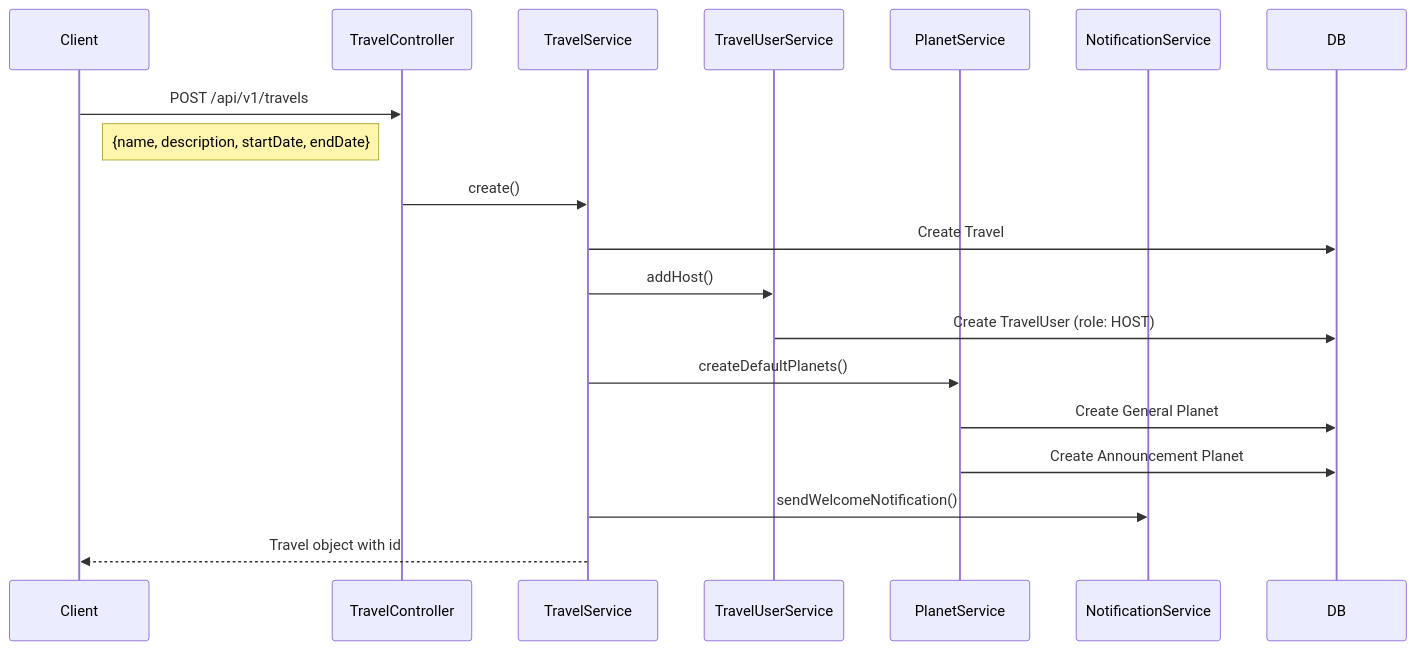
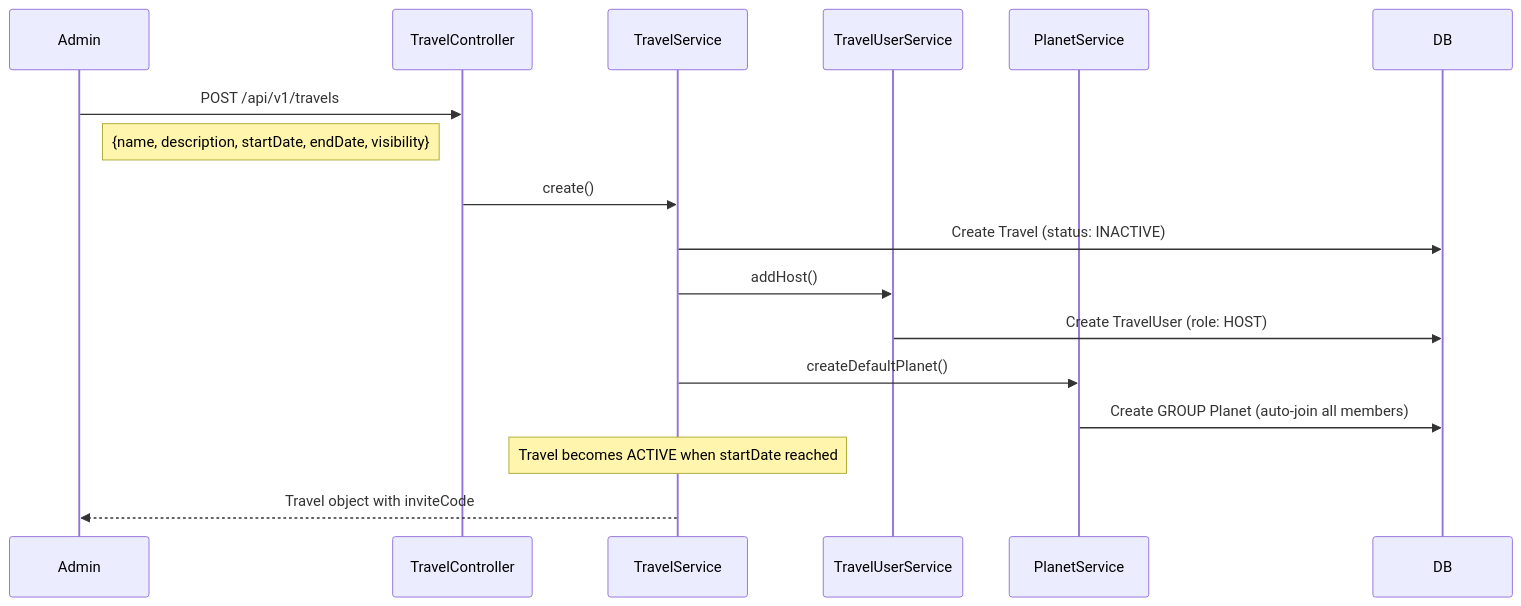
One commit to maximizest/connecto-nest changed the second of 10 diagrams in .md/flow.md. Above: the diagram before and after it, drawn with Mermaid. The commit also changed other lines of this file, not shown here.

````diff
--- a/.md/flow.md
+++ b/.md/flow.md
@@ -121,27 +116,24 @@
 ```mermaid
 sequenceDiagram
-    participant Client
+    participant Admin
     participant TravelController
     participant TravelService
     participant TravelUserService
     participant PlanetService
-    participant NotificationService
     participant DB
     
-    Client->>TravelController: POST /api/v1/travels
-    Note right of Client: {name, description, startDate, endDate}
+    Admin->>TravelController: POST /api/v1/travels
+    Note right of Admin: {name, description, startDate, endDate, visibility}
     
     TravelController->>TravelService: create()
-    TravelService->>DB: Create Travel
+    TravelService->>DB: Create Travel (status: INACTIVE)
     
     TravelService->>TravelUserService: addHost()
     TravelUserService->>DB: Create TravelUser (role: HOST)
     
-    TravelService->>PlanetService: createDefaultPlanets()
-    PlanetService->>DB: Create General Planet
-    PlanetService->>DB: Create Announcement Planet
+    TravelService->>PlanetService: createDefaultPlanet()
+    PlanetService->>DB: Create GROUP Planet (auto-join all members)
     
-    TravelService->>NotificationService: sendWelcomeNotification()
-    
-    TravelService-->>Client: Travel object with id
+    Note over TravelService: Travel becomes ACTIVE when startDate reached
+    TravelService-->>Admin: Travel object with inviteCode
 ```
````
